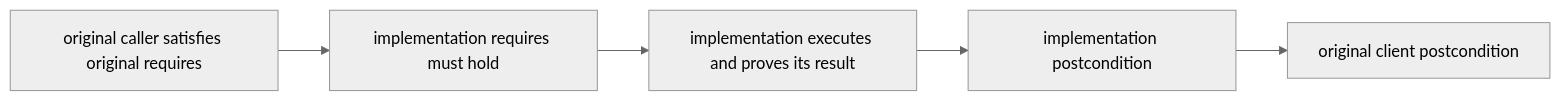
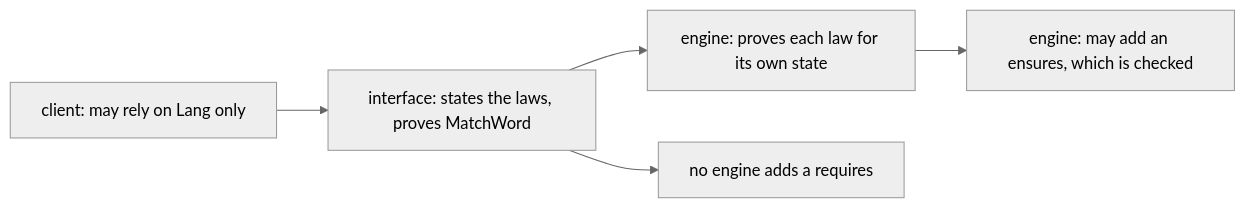
The third of 3 diagrams in docs/R08_Abstraction.md (leobwang/dafny-verus-learn-0), drawn with Mermaid (neutral theme) before and after one commit. The commit also changed other lines of this file and 67 other files, not shown here.

````diff
--- a/docs/R08_Abstraction.md
+++ b/docs/R08_Abstraction.md
@@ -153,7 +395,7 @@
 ```mermaid
 flowchart LR
-    caller["original caller satisfies original requires"] --> allowed["implementation requires must hold"]
-    allowed --> execution["implementation executes and proves its result"]
-    execution --> stronger["implementation postcondition"]
-    stronger --> promise["original client postcondition"]
+    interface["interface: states the laws, proves MatchWord"] --> engine["engine: proves each law for its own state"]
+    engine --> extra["engine: may add an ensures, which is checked"]
+    client["client: may rely on Lang only"] --> interface
+    interface --> norequires["no engine adds a requires"]
 ```
````
